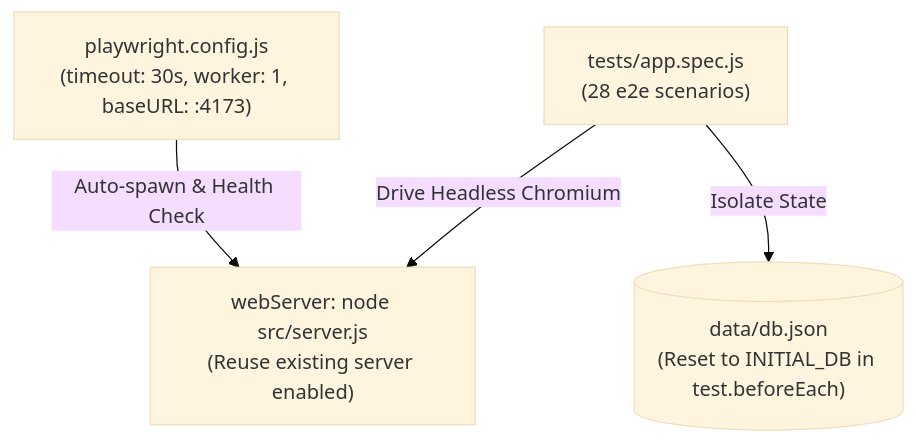
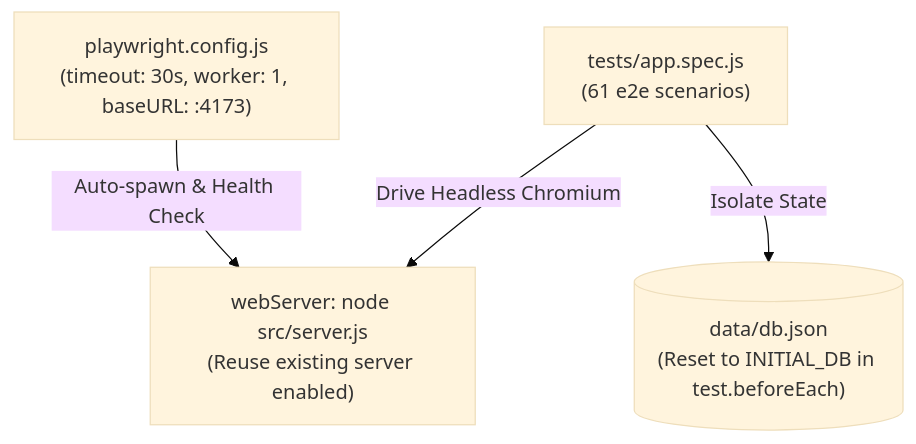
Before and after one commit to StraySun/Buddie: the diagram in .agents/skills/qa-testing/SKILL.md, drawn with Mermaid (base theme). The commit also changed other lines of this file and 22 other files, not shown here.

First line of the commit message:
feat(profile): UI polish, contacts update, project link editing and v2 schema auto-migration

````diff
--- a/.agents/skills/qa-testing/SKILL.md
+++ b/.agents/skills/qa-testing/SKILL.md
@@ -16,11 +16,11 @@
 ```mermaid
 flowchart TD
     Config["playwright.config.js\n(timeout: 30s, worker: 1, baseURL: :4173)"]
     Server["webServer: node src/server.js\n(Reuse existing server enabled)"]
     DB[("data/db.json\n(Reset to INITIAL_DB in test.beforeEach)")]
-    Suite["tests/app.spec.js\n(28 e2e scenarios)"]
+    Suite["tests/app.spec.js\n(61 e2e scenarios)"]
 
     Config -->|"Auto-spawn & Health Check"| Server
     Suite -->|"Isolate State"| DB
     Suite -->|"Drive Headless Chromium"| Server
 ```
````
